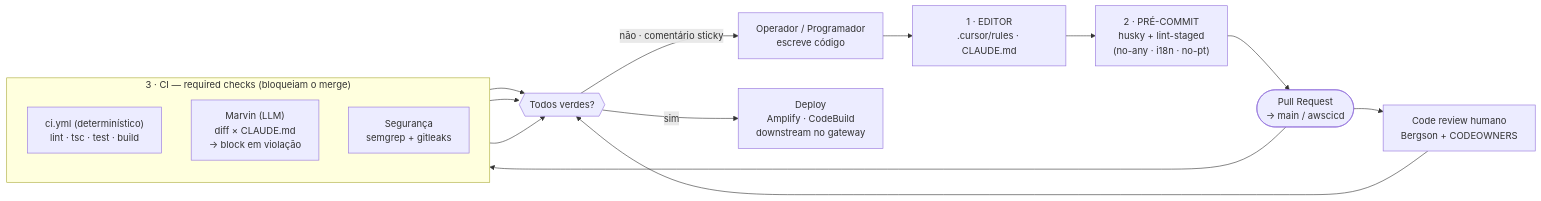
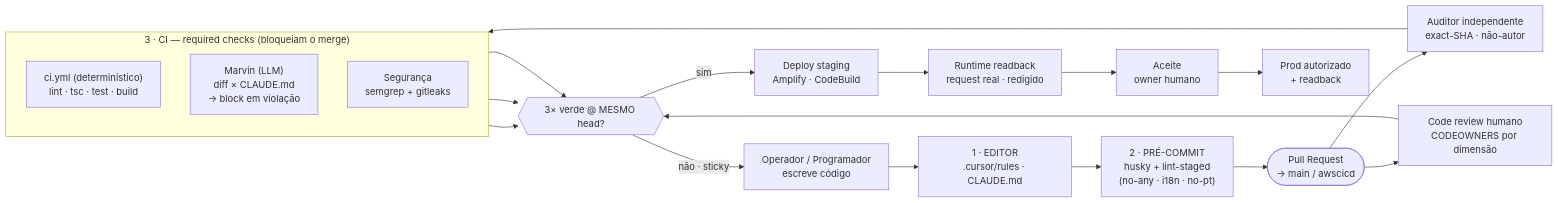
Before and after one commit to HyTrackWater/brainhub-umode: the second of 4 diagrams in uMode/04_Dados-e-IA/_protocolos/governanca-squad-desenvolvimento.md, drawn with Mermaid. The commit also changed other lines of this file and 2 other files, not shown here.

````diff
--- a/uMode/04_Dados-e-IA/_protocolos/governanca-squad-desenvolvimento.md
+++ b/uMode/04_Dados-e-IA/_protocolos/governanca-squad-desenvolvimento.md
@@ -187,26 +226,30 @@
 ```mermaid
 flowchart LR
     DEV["Operador / Programador<br/>escreve código"]
     R1["1 · EDITOR<br/>.cursor/rules · CLAUDE.md"]
     R2["2 · PRÉ-COMMIT<br/>husky + lint-staged<br/>(no-any · i18n · no-pt)"]
     PR(["Pull Request<br/>→ main / awscicd"])
 
     subgraph CI["3 · CI — required checks (bloqueiam o merge)"]
         direction TB
         CIYML["ci.yml (determinístico)<br/>lint · tsc · test · build"]
         MARVIN["Marvin (LLM)<br/>diff × CLAUDE.md<br/>→ block em violação"]
         SEC["Segurança<br/>semgrep + gitleaks"]
     end
 
-    REVIEW["Code review humano<br/>Bergson + CODEOWNERS"]
-    MERGE{{"Todos verdes?"}}
-    DEPLOY["Deploy<br/>Amplify · CodeBuild<br/>downstream no gateway"]
+    AUDIT["Auditor independente<br/>exact-SHA · não-autor"]
+    REVIEW["Code review humano<br/>CODEOWNERS por dimensão"]
+    MERGE{{"3× verde @ MESMO head?"}}
+    STG["Deploy staging<br/>Amplify · CodeBuild"]
+    RB["Runtime readback<br/>request real · redigido"]
+    ACC["Aceite<br/>owner humano"]
+    PROD["Prod autorizado<br/>+ readback"]
 
-    DEV --> R1 --> R2 --> PR --> CI
+    DEV --> R1 --> R2 --> PR --> AUDIT --> CI
     CIYML --> MERGE
     MARVIN --> MERGE
     SEC --> MERGE
     PR --> REVIEW --> MERGE
-    MERGE -->|sim| DEPLOY
-    MERGE -->|não · comentário sticky| DEV
+    MERGE -->|sim| STG --> RB --> ACC --> PROD
+    MERGE -->|não · sticky| DEV
 ```
````
